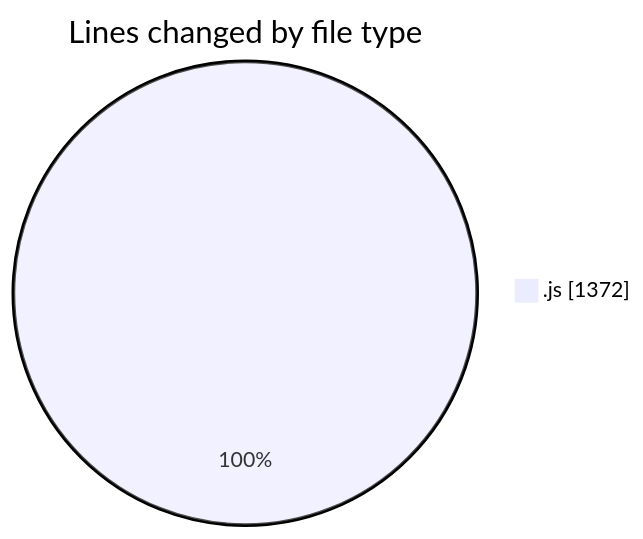
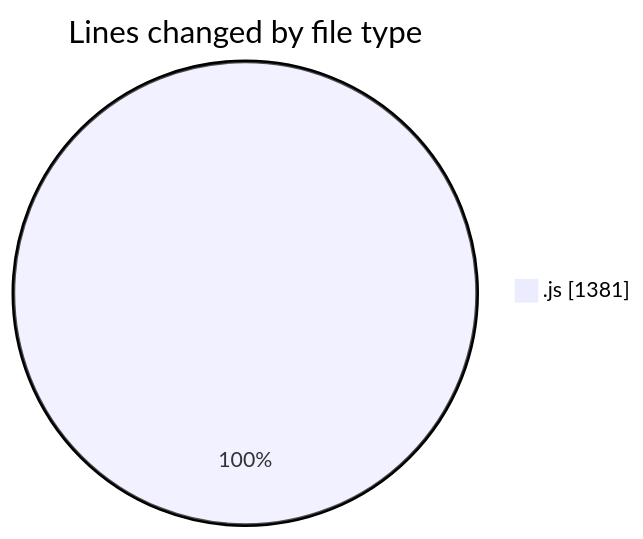
The first of 2 diagrams in 2026-02-04/cda/README.md (momahboobian/code-tracking), drawn with Mermaid before and after one commit. The commit also changed other lines of this file and 1 other file, not shown here.

````diff
--- a/2026-02-04/cda/README.md
+++ b/2026-02-04/cda/README.md
@@ -20,5 +20,5 @@
 ```mermaid
 pie showData
 title Lines changed by file type
-".js" : 1372
+".js" : 1381
 ```
````
